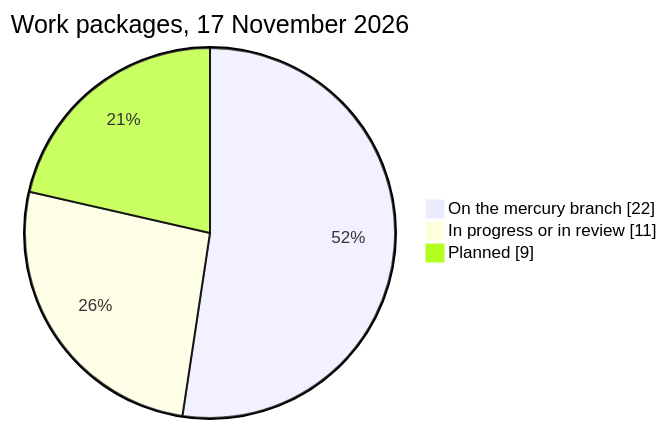
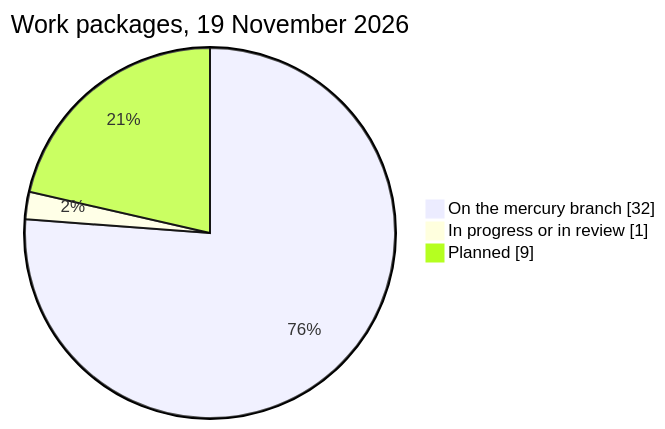
Before and after one commit to thepigdestroyer/mercury-browser: the second of 2 diagrams in README.md, drawn with Mermaid. The commit also changed other lines of this file and 4 other files, not shown here.

````diff
--- a/README.md
+++ b/README.md
@@ -94,6 +110,6 @@
 ```mermaid
-pie showData title Work packages, 17 November 2026
-  "On the mercury branch" : 22
-  "In progress or in review" : 11
+pie showData title Work packages, 19 November 2026
+  "On the mercury branch" : 32
+  "In progress or in review" : 1
   "Planned" : 9
 ```
````
